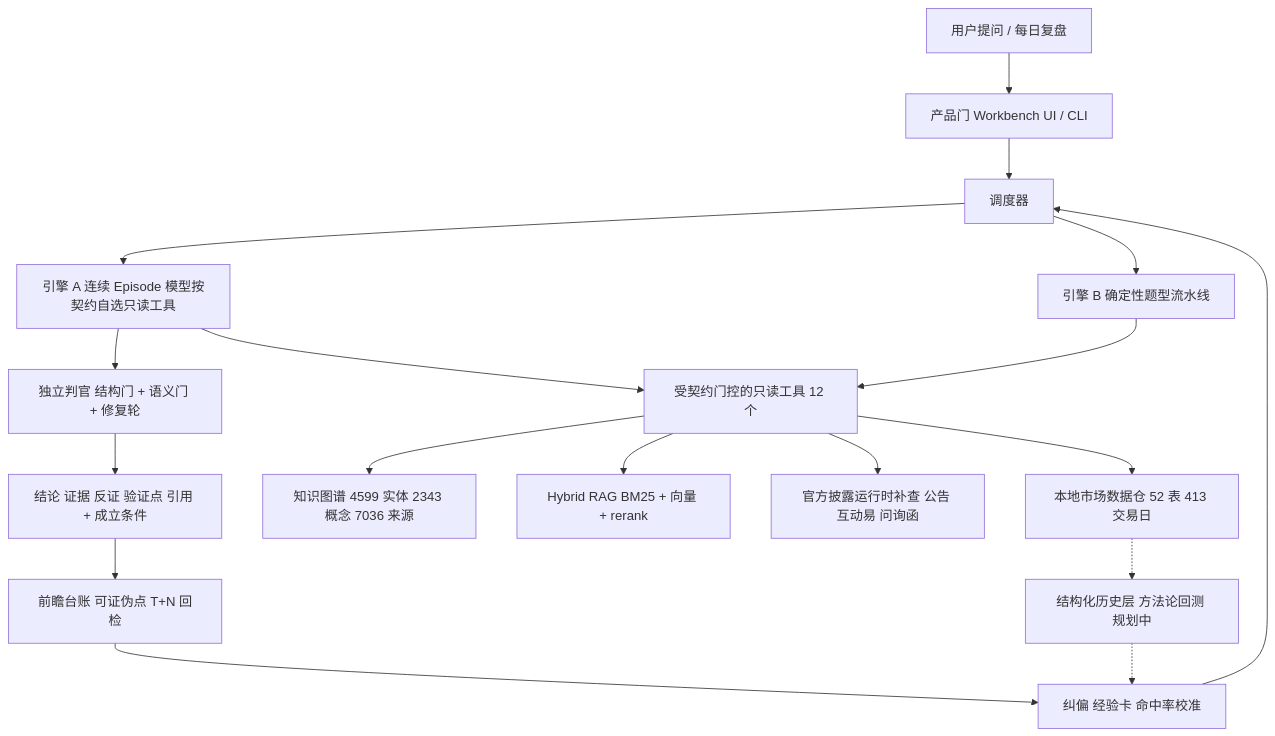
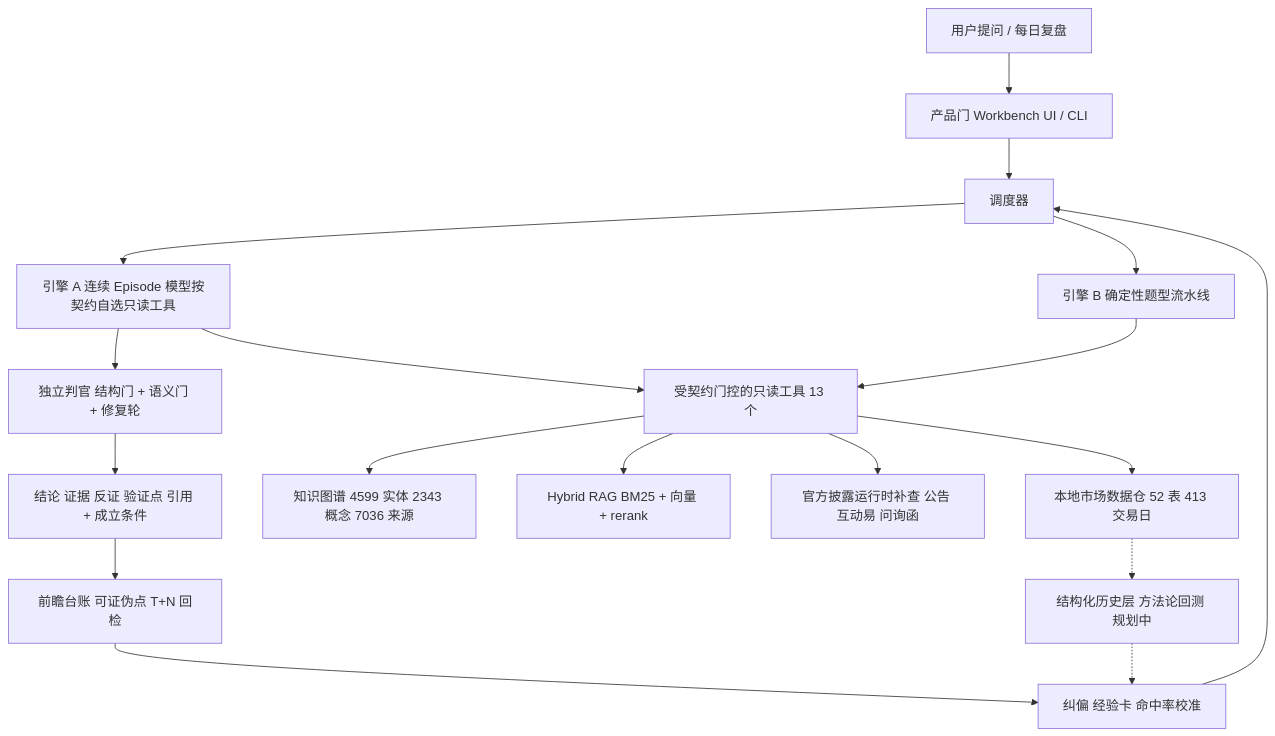
Before and after one commit to moscrol/finance: the diagram in docs/bp/2026-09-finance-agent-bp.md, drawn with Mermaid. The commit also changed other lines of this file, not shown here.

Commit message:
docs(bp): 工具数按注册表实数改为 13（CLAUDE.md 的 12 已过期）

````diff
--- a/docs/bp/2026-09-finance-agent-bp.md
+++ b/docs/bp/2026-09-finance-agent-bp.md
@@ -99,20 +99,20 @@
 ```mermaid
 flowchart TD
   U[用户提问 / 每日复盘] --> Door[产品门 Workbench UI / CLI]
   Door --> Orch[调度器]
   Orch --> EngA[引擎 A 连续 Episode 模型按契约自选只读工具]
   Orch --> EngB[引擎 B 确定性题型流水线]
-  EngA --> Tools[受契约门控的只读工具 12 个]
+  EngA --> Tools[受契约门控的只读工具 13 个]
   EngB --> Tools
   Tools --> DuckDB[本地市场数据仓 52 表 413 交易日]
   Tools --> KB[知识图谱 4599 实体 2343 概念 7036 来源]
   Tools --> RAG[Hybrid RAG BM25 + 向量 + rerank]
   Tools --> L3[官方披露运行时补查 公告 互动易 问询函]
   EngA --> Judge[独立判官 结构门 + 语义门 + 修复轮]
   Judge --> Answer[结论 证据 反证 验证点 引用 + 成立条件]
   Answer --> Ledger[前瞻台账 可证伪点 T+N 回检]
   Ledger --> Learn[纠偏 经验卡 命中率校准]
   Learn --> Orch
   Hist[结构化历史层 方法论回测 规划中] -.-> Learn
   DuckDB -.-> Hist
 ```
````
